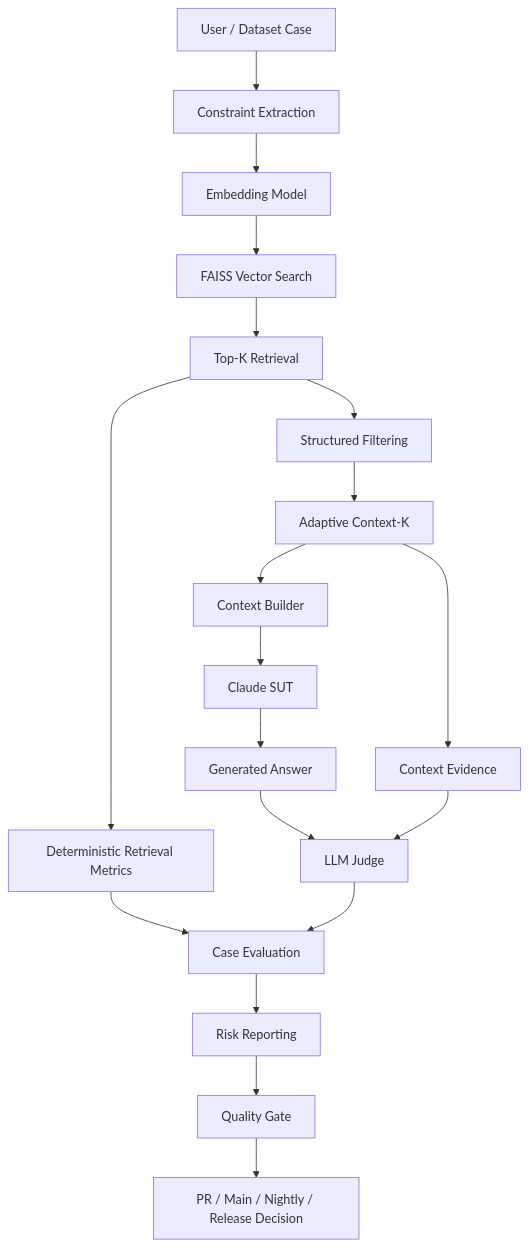
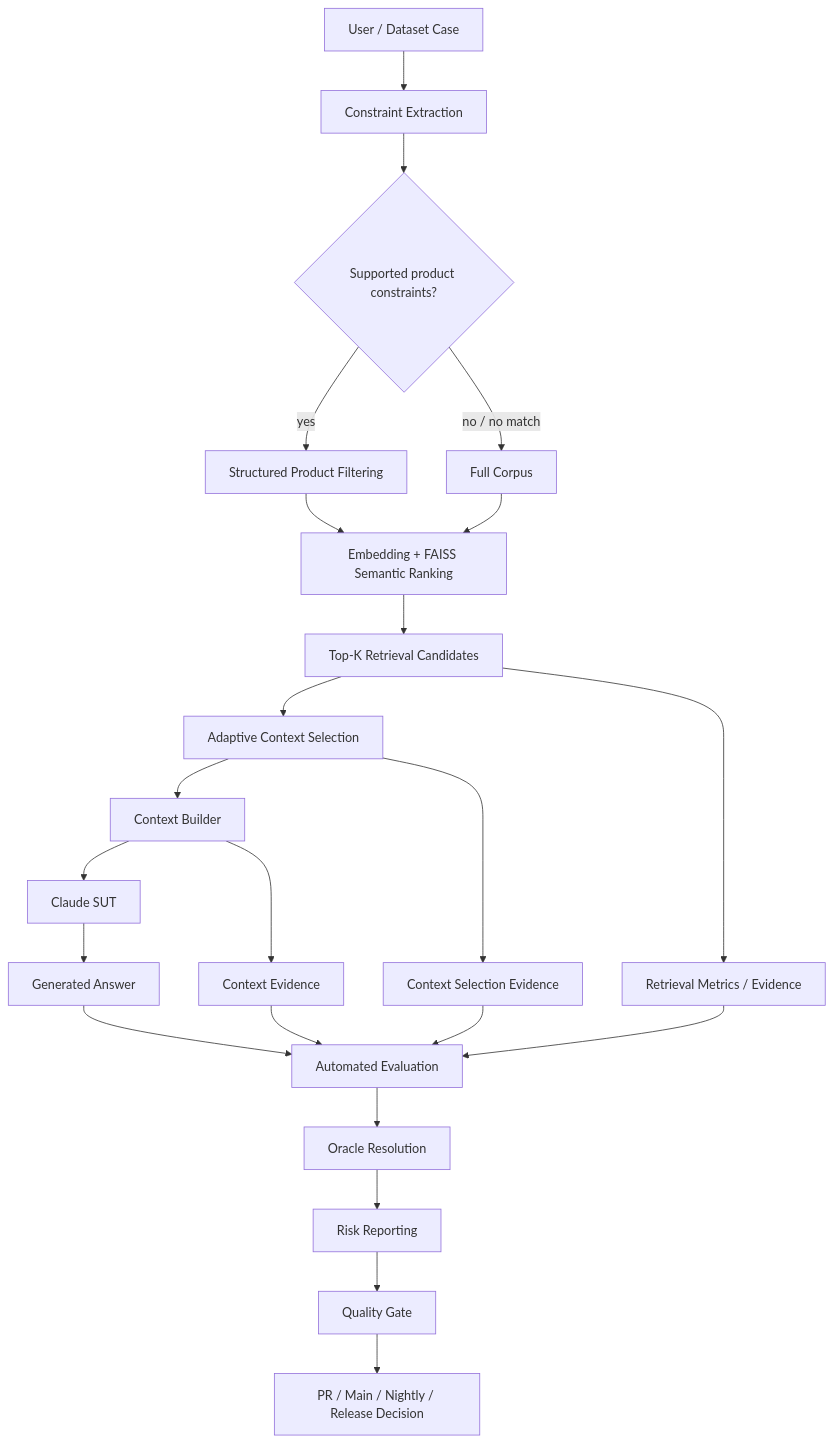
Before and after one commit to oleksandrserhieiev-beep/ai-qe-lab: the first of 3 diagrams in docs/test_strategy.md, drawn with Mermaid. The commit also changed other lines of this file, not shown here.

````diff
--- a/docs/test_strategy.md
+++ b/docs/test_strategy.md
@@ -71,23 +77,26 @@
 ```mermaid
 flowchart TD
     A[User / Dataset Case] --> B[Constraint Extraction]
-    B --> C[Embedding Model]
-    C --> D[FAISS Vector Search]
-    D --> E[Top-K Retrieval]
-    E --> F[Structured Filtering]
-    F --> G[Adaptive Context-K]
-    G --> H[Context Builder]
-    H --> I[Claude SUT]
-    I --> J[Generated Answer]
+    B --> C{Supported product constraints?}
+    C -->|yes| D[Structured Product Filtering]
+    C -->|no / no match| E[Full Corpus]
+    D --> F[Embedding + FAISS Semantic Ranking]
+    E --> F
+    F --> G[Top-K Retrieval Candidates]
+    G --> H[Adaptive Context Selection]
+    H --> I[Context Builder]
+    I --> J[Claude SUT]
+    J --> K[Generated Answer]
 
-    E --> K[Deterministic Retrieval Metrics]
-    G --> L[Context Evidence]
-    J --> M[LLM Judge]
-    L --> M
-
-    K --> N[Case Evaluation]
-    M --> N
-    N --> O[Risk Reporting]
-    O --> P[Quality Gate]
-    P --> Q[PR / Main / Nightly / Release Decision]
+    G --> RM[Retrieval Metrics / Evidence]
+    H --> CS[Context Selection Evidence]
+    I --> CE[Context Evidence]
+    K --> EV[Automated Evaluation]
+    RM --> EV
+    CS --> EV
+    CE --> EV
+    EV --> OR[Oracle Resolution]
+    OR --> RR[Risk Reporting]
+    RR --> QG[Quality Gate]
+    QG --> CI[PR / Main / Nightly / Release Decision]
 ```
````
